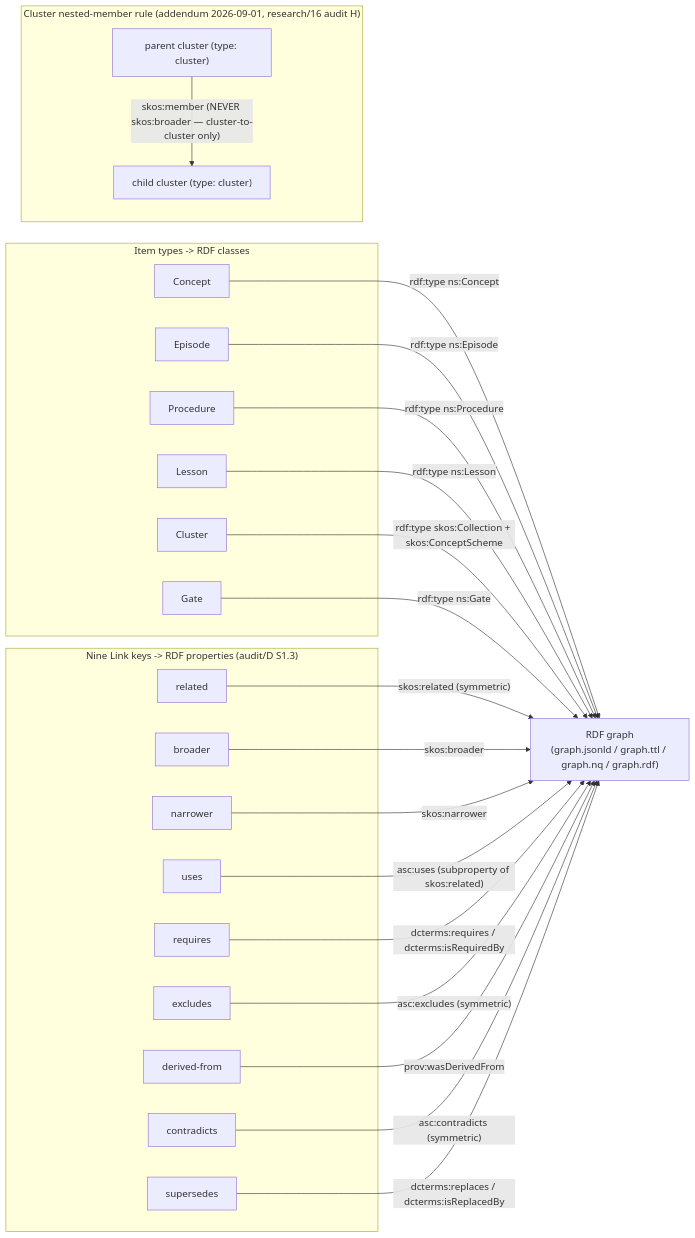
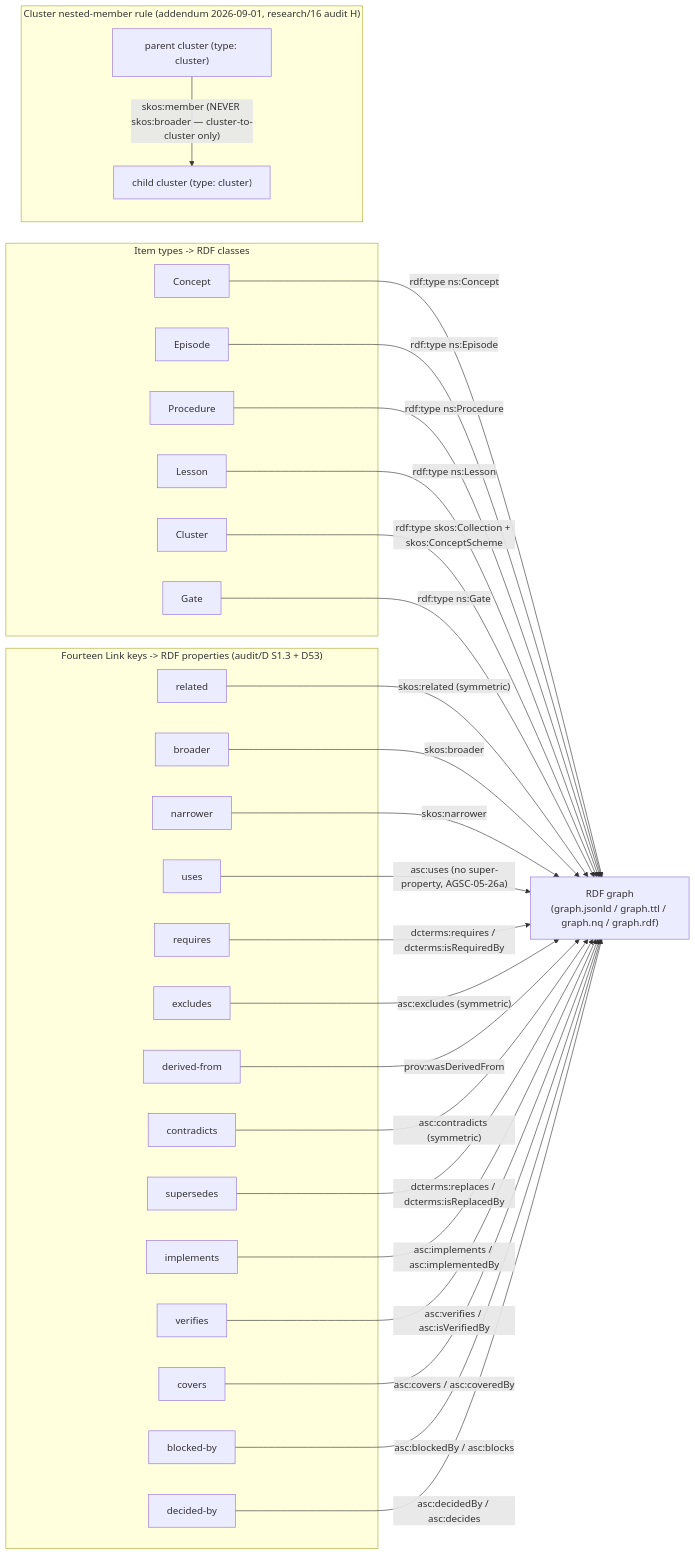
The diagram in docs/diagrams/schema-ontology.md (andreibesleaga/agentic-system-core), drawn with Mermaid before and after one commit. The commit also changed other lines of this file and 17 other files, not shown here.

````diff
--- a/docs/diagrams/schema-ontology.md
+++ b/docs/diagrams/schema-ontology.md
@@ -3,49 +3,59 @@
 ```mermaid
 flowchart LR
   subgraph TYPES["Item types -> RDF classes"]
     Concept
     Episode
     Procedure
     Lesson
     ClusterT["Cluster"]
     Gate
   end
 
   RDF["RDF graph\n(graph.jsonld / graph.ttl / graph.nq / graph.rdf)"]
 
   Concept -->|"rdf:type ns:Concept"| RDF
   Episode -->|"rdf:type ns:Episode"| RDF
   Procedure -->|"rdf:type ns:Procedure"| RDF
   Lesson -->|"rdf:type ns:Lesson"| RDF
   ClusterT -->|"rdf:type skos:Collection + skos:ConceptScheme"| RDF
   Gate -->|"rdf:type ns:Gate"| RDF
 
-  subgraph LINKS["Nine Link keys -> RDF properties (audit/D S1.3)"]
+  subgraph LINKS["Fourteen Link keys -> RDF properties (audit/D S1.3 + D53)"]
     related
     broader
     narrower
     uses
     requires
     excludes
     derivedFrom["derived-from"]
     contradicts
     supersedes
+    implements
+    verifies
+    covers
+    blockedBy["blocked-by"]
+    decidedBy["decided-by"]
   end
 
   related -->|"skos:related (symmetric)"| RDF
   broader -->|"skos:broader"| RDF
   narrower -->|"skos:narrower"| RDF
-  uses -->|"asc:uses (subproperty of skos:related)"| RDF
+  uses -->|"asc:uses (no super-property, AGSC-05-26a)"| RDF
   requires -->|"dcterms:requires / dcterms:isRequiredBy"| RDF
   excludes -->|"asc:excludes (symmetric)"| RDF
   derivedFrom -->|"prov:wasDerivedFrom"| RDF
   contradicts -->|"asc:contradicts (symmetric)"| RDF
   supersedes -->|"dcterms:replaces / dcterms:isReplacedBy"| RDF
+  implements -->|"asc:implements / asc:implementedBy"| RDF
+  verifies -->|"asc:verifies / asc:isVerifiedBy"| RDF
+  covers -->|"asc:covers / asc:coveredBy"| RDF
+  blockedBy -->|"asc:blockedBy / asc:blocks"| RDF
+  decidedBy -->|"asc:decidedBy / asc:decides"| RDF
 
   subgraph NESTED["Cluster nested-member rule (addendum 2026-09-01, research/16 audit H)"]
     Parent["parent cluster (type: cluster)"]
     Child["child cluster (type: cluster)"]
   end
 
   Parent -->|"skos:member (NEVER skos:broader — cluster-to-cluster only)"| Child
 ```
````
